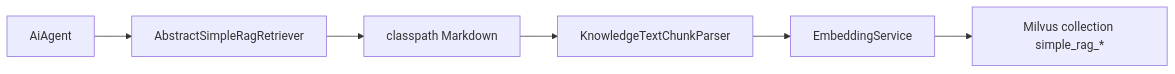
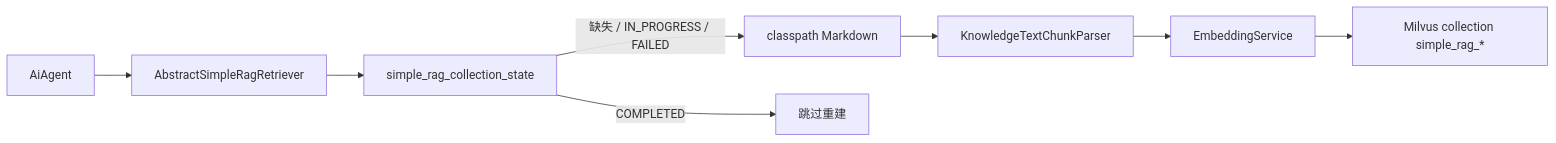
The first of 2 diagrams in 平台/RAG机制/SimpleRag.md (j2agent-ai/j2agent-docs), drawn with Mermaid before and after one commit. The commit also changed other lines of this file, not shown here.

First line of the commit message:
feat(rag): 添加 SimpleRag 集合状态管理功能

````diff
--- a/平台/RAG机制/SimpleRag.md
+++ b/平台/RAG机制/SimpleRag.md
@@ -56,12 +56,15 @@
 ```mermaid
 flowchart LR
     agent[AiAgent]
     retriever[AbstractSimpleRagRetriever]
+    state["simple_rag_collection_state"]
     resource[classpath Markdown]
     parser[KnowledgeTextChunkParser]
     embed[EmbeddingService]
     collection["Milvus collection simple_rag_*"]
 
     agent --> retriever
-    retriever --> resource --> parser --> embed --> collection
+    retriever --> state
+    state -->|COMPLETED| skip[跳过重建]
+    state -->|缺失 / IN_PROGRESS / FAILED| resource --> parser --> embed --> collection
 ```
````
